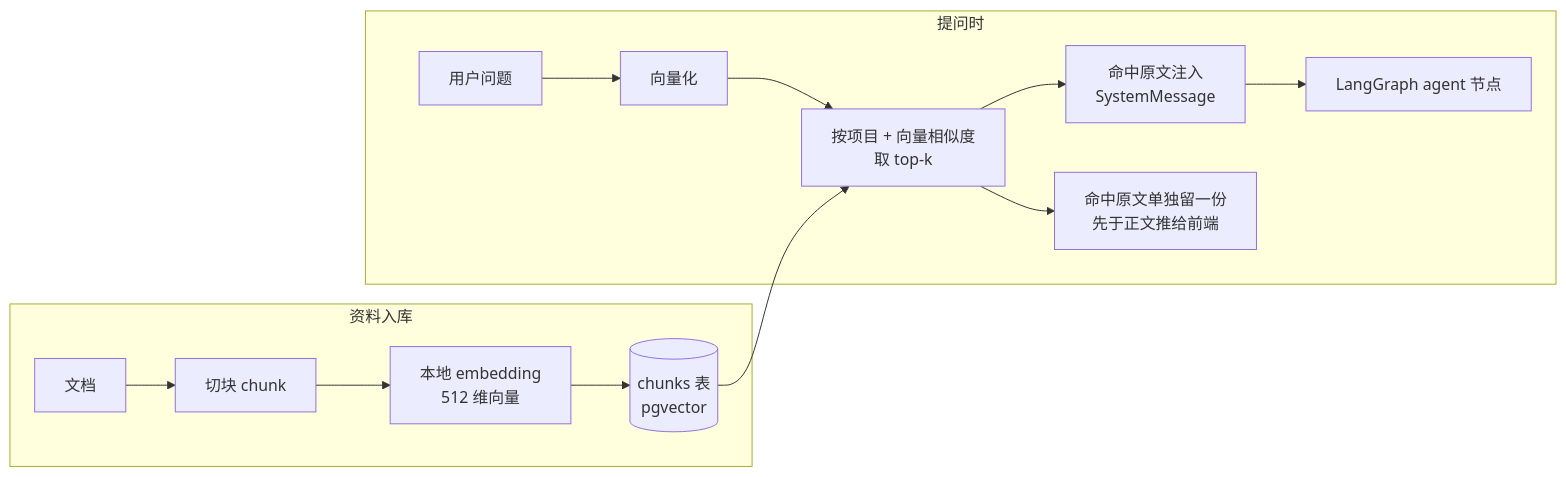
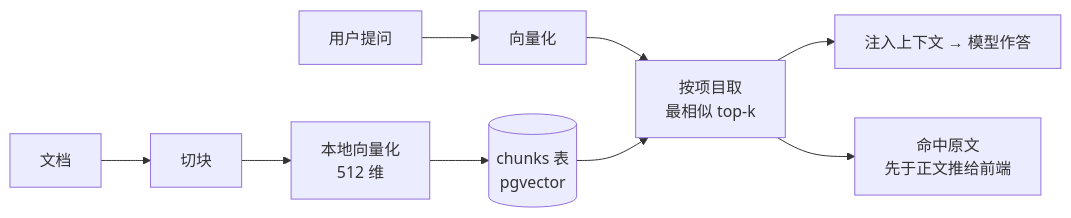
Before and after one commit to angshihan777-droid/Ragent: the fourth of 4 diagrams in README.md, drawn with Mermaid. The commit also changed other lines of this file, not shown here.

Commit message:
docs: 精简 README,面向外部读者,仅保留亮点部分的横向流程图

````diff
--- a/README.md
+++ b/README.md
@@ -144,13 +90,8 @@
 ```mermaid
 flowchart LR
-    subgraph 入库["资料入库"]
-        D[文档] --> CK[切块 chunk] --> EM[本地 embedding<br/>512 维向量] --> V[(chunks 表<br/>pgvector)]
-    end
-    subgraph 检索["提问时"]
-        Q[用户问题] --> QE[向量化] --> KNN[按项目 + 向量相似度<br/>取 top-k]
-        V --> KNN
-        KNN --> INJ[命中原文注入<br/>SystemMessage]
-        INJ --> AG[LangGraph agent 节点]
-        KNN --> SRC[命中原文单独留一份<br/>先于正文推给前端]
-    end
+    D["文档"] --> CK["切块"] --> EM["本地向量化<br/>512 维"] --> V[("chunks 表<br/>pgvector")]
+    Q["用户提问"] --> QE["向量化"] --> KNN["按项目取<br/>最相似 top-k"]
+    V --> KNN
+    KNN --> INJ["注入上下文 → 模型作答"]
+    KNN --> SRC["命中原文<br/>先于正文推给前端"]
 ```
````
